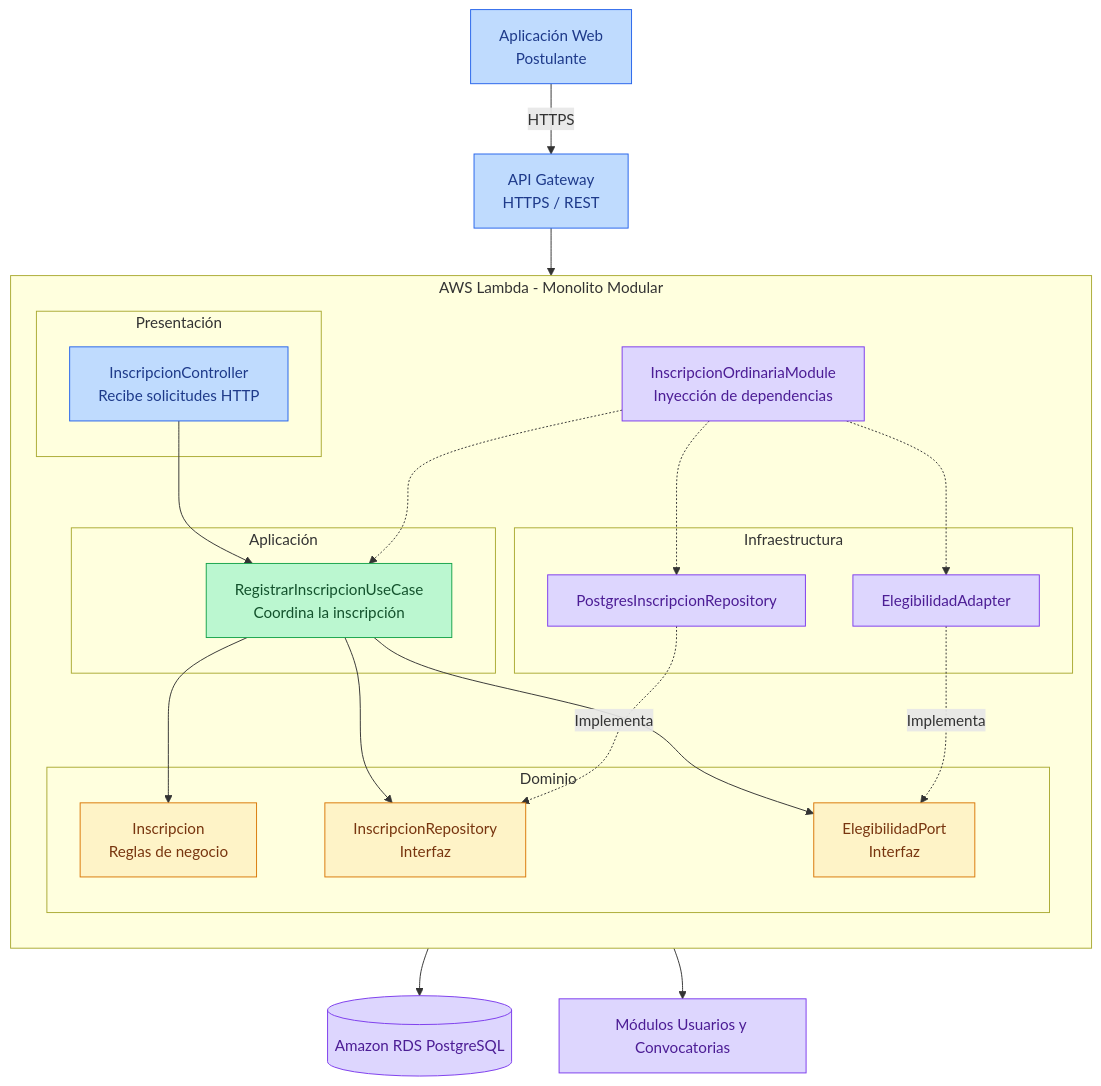
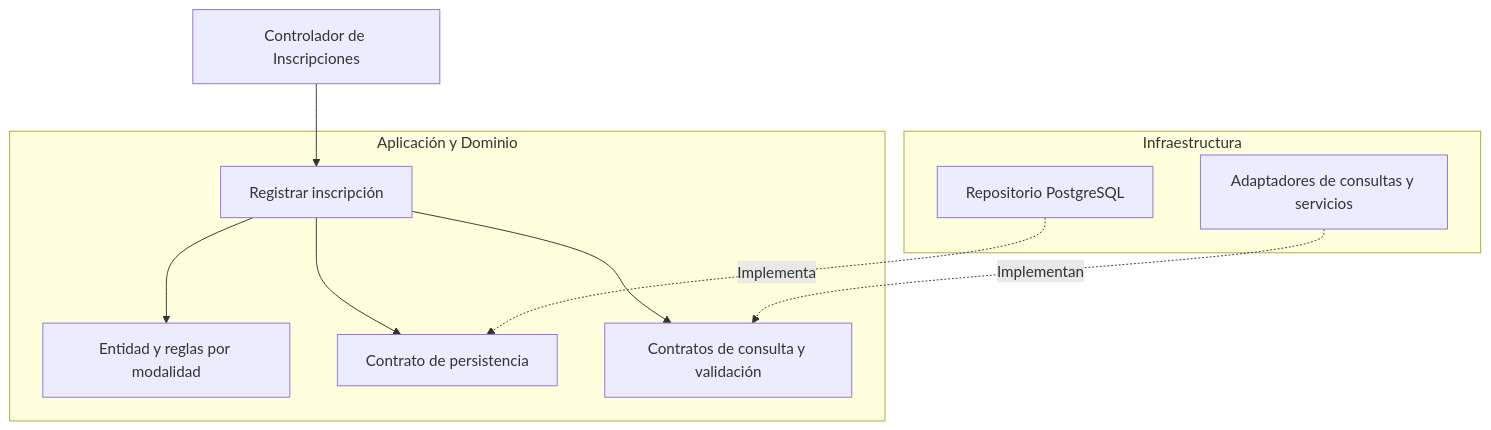
Before and after one commit to DiegoCoras06/ENTREGABLE-01-PROPUESTA-INICIAL-DEL-PROYECTO: the diagram in docs/03-diseño-de-software/principios-diseño.md, drawn with Mermaid. The commit also changed other lines of this file and 27 other files, not shown here.

````diff
--- a/docs/03-diseño-de-software/principios-diseño.md
+++ b/docs/03-diseño-de-software/principios-diseño.md
@@ -25,61 +102,24 @@
 ```mermaid
 flowchart TB
-    WEB["Aplicación Web<br/>Postulante"]
-    API["API Gateway<br/>HTTPS / REST"]
+    CTRL["Controlador de Inscripciones"]
 
-    subgraph LAMBDA["AWS Lambda - Monolito Modular"]
-        direction TB
+    subgraph INTERNAS["Aplicación y Dominio"]
+        UC["Registrar inscripción"]
+        ENT["Entidad y reglas por modalidad"]
+        REP["Contrato de persistencia"]
+        VAL["Contratos de consulta y validación"]
 
-        subgraph PRESENTACION["Presentación"]
-            CTRL["InscripcionController<br/>Recibe solicitudes HTTP"]
-        end
-
-        subgraph APLICACION["Aplicación"]
-            UC["RegistrarInscripcionUseCase<br/>Coordina la inscripción"]
-        end
-
-        subgraph DOMINIO["Dominio"]
-            ENT["Inscripcion<br/>Reglas de negocio"]
-            REPO["InscripcionRepository<br/>Interfaz"]
-            ELEG["ElegibilidadPort<br/>Interfaz"]
-        end
-
-        subgraph INFRA["Infraestructura"]
-            PG["PostgresInscripcionRepository"]
-            ADP["ElegibilidadAdapter"]
-        end
-
-        COMP["InscripcionOrdinariaModule<br/>Inyección de dependencias"]
+        UC --> ENT
+        UC --> REP
+        UC --> VAL
     end
 
-    DB[("Amazon RDS PostgreSQL")]
-    MOD["Módulos Usuarios y Convocatorias"]
+    subgraph INFRA["Infraestructura"]
+        PG["Repositorio PostgreSQL"]
+        ADP["Adaptadores de consultas y servicios"]
+    end
 
-    WEB -->|"HTTPS"| API
-    API --> CTRL
     CTRL --> UC
-
-    UC --> ENT
-    UC --> REPO
-    UC --> ELEG
-
-    PG -.->|"Implementa"| REPO
-    ADP -.->|"Implementa"| ELEG
-
-    PG --> DB
-    ADP --> MOD
-
-    COMP -.-> UC
-    COMP -.-> PG
-    COMP -.-> ADP
-
-    classDef presentacion fill:#bfdbfe,stroke:#2563eb,color:#1e3a8a
-    classDef aplicacion fill:#bbf7d0,stroke:#16a34a,color:#14532d
-    classDef dominio fill:#fef3c7,stroke:#d97706,color:#78350f
-    classDef infraestructura fill:#ddd6fe,stroke:#7c3aed,color:#4c1d95
-
-    class WEB,API,CTRL presentacion
-    class UC aplicacion
-    class ENT,REPO,ELEG dominio
-    class PG,ADP,COMP,DB,MOD infraestructura
+    PG -.->|"Implementa"| REP
+    ADP -.->|"Implementan"| VAL
 ```
````
